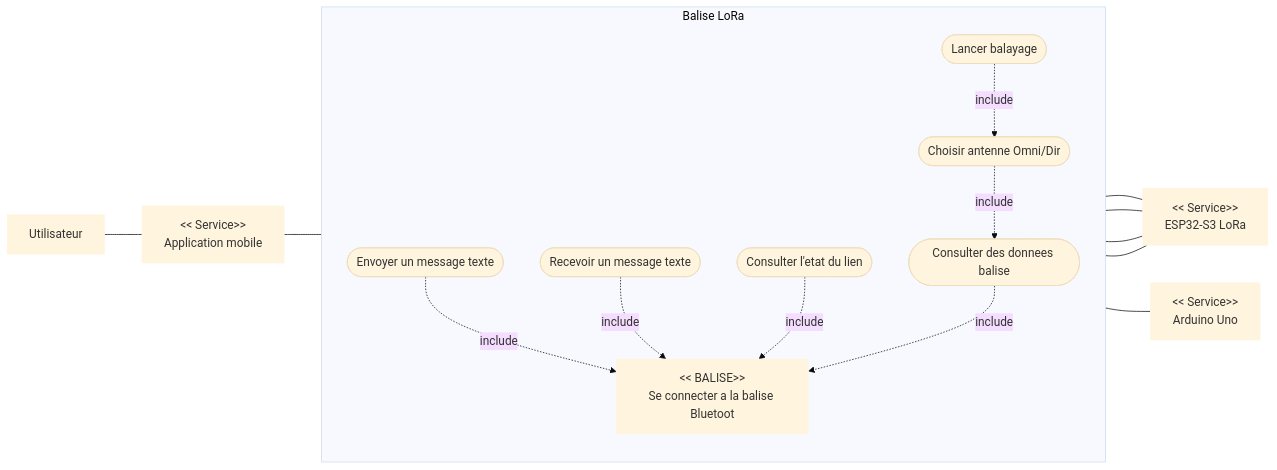
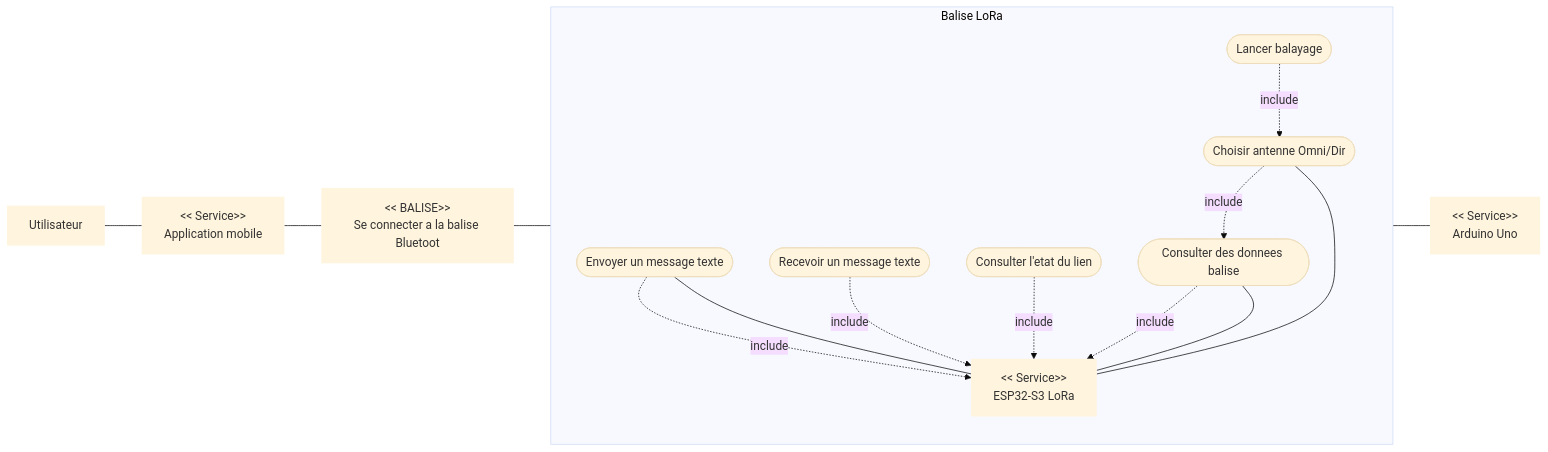
The first of 7 diagrams in Diagrammes_SysML_Projet_LoRa.md (SHU445/Projet-LoRa-72h), drawn with Mermaid (base theme) before and after one commit.

Commit message:
"CorrectUseCase3.3"

````diff
--- a/Diagrammes_SysML_Projet_LoRa.md
+++ b/Diagrammes_SysML_Projet_LoRa.md
@@ -12,37 +12,37 @@
 ```mermaid
 flowchart LR
   rU["Utilisateur"]:::role
   rAPP["<< Service>>\nApplication mobile"]:::role
   rESP["<< Service>>\nESP32-S3 LoRa"]:::role
   rARD["<< Service>>\nArduino Uno"]:::role
   rCONN["<< BALISE>>\nSe connecter a la balise Bluetoot"]:::role
 
   subgraph S["Balise LoRa"]
     direction TB
     ucSend([Envoyer un message texte])
     ucReceive([Recevoir un message texte])
     ucStatus([Consulter l'etat du lien])
     ucData([Consulter des donnees balise])
     ucSelectAntenna([Choisir antenne Omni/Dir])
     ucScan([Lancer balayage])
 
-    ucSend -. include .-> rCONN
-    ucReceive -. include .-> rCONN
-    ucStatus -. include .-> rCONN
-    ucData -. include .-> rCONN
+    ucSend -. include .-> rESP
+    ucReceive -. include .-> rESP
+    ucStatus -. include .-> rESP
+    ucData -. include .-> rESP
     ucSelectAntenna -. include .-> ucData
     ucScan -. include .-> ucSelectAntenna
   end
 
   rU --- rAPP
   rAPP --- rCONN
   rCONN --- rESP
 
   ucSend --- rESP
   ucData --- rESP
   ucSelectAntenna --- rESP
 
   ucScan --- rARD
 
   classDef role stroke-width:0px;
 ```
````
